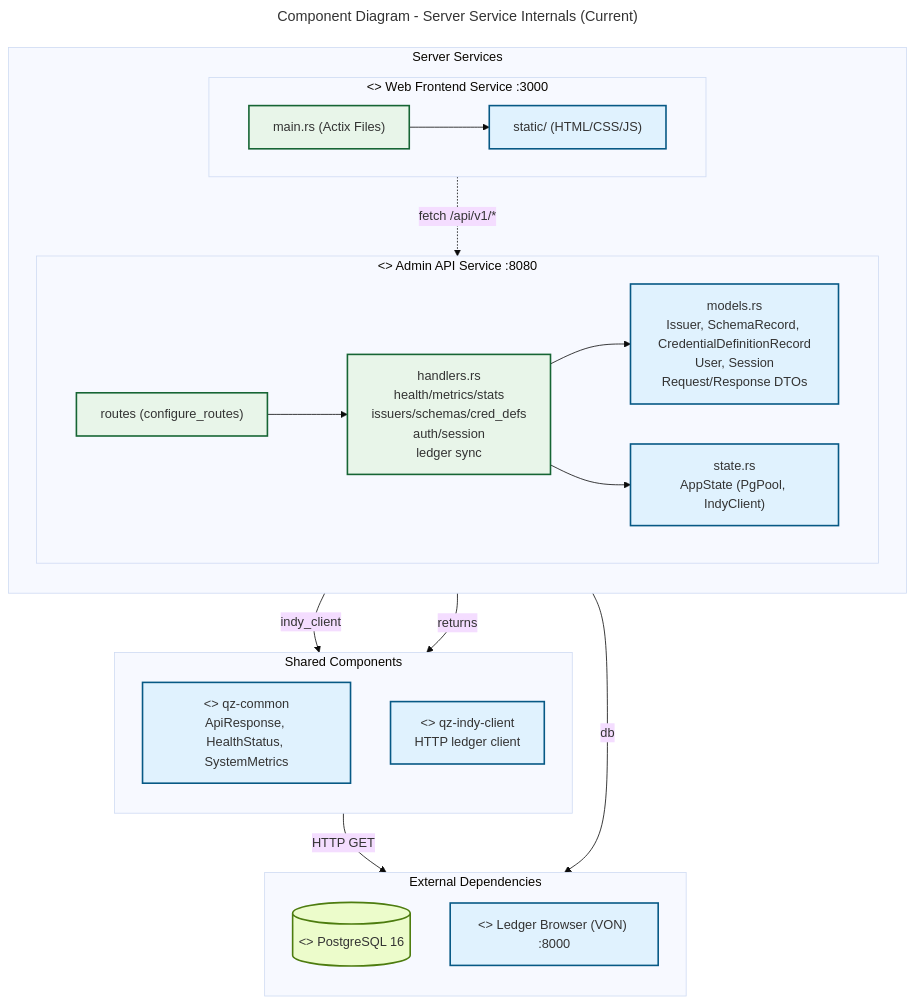
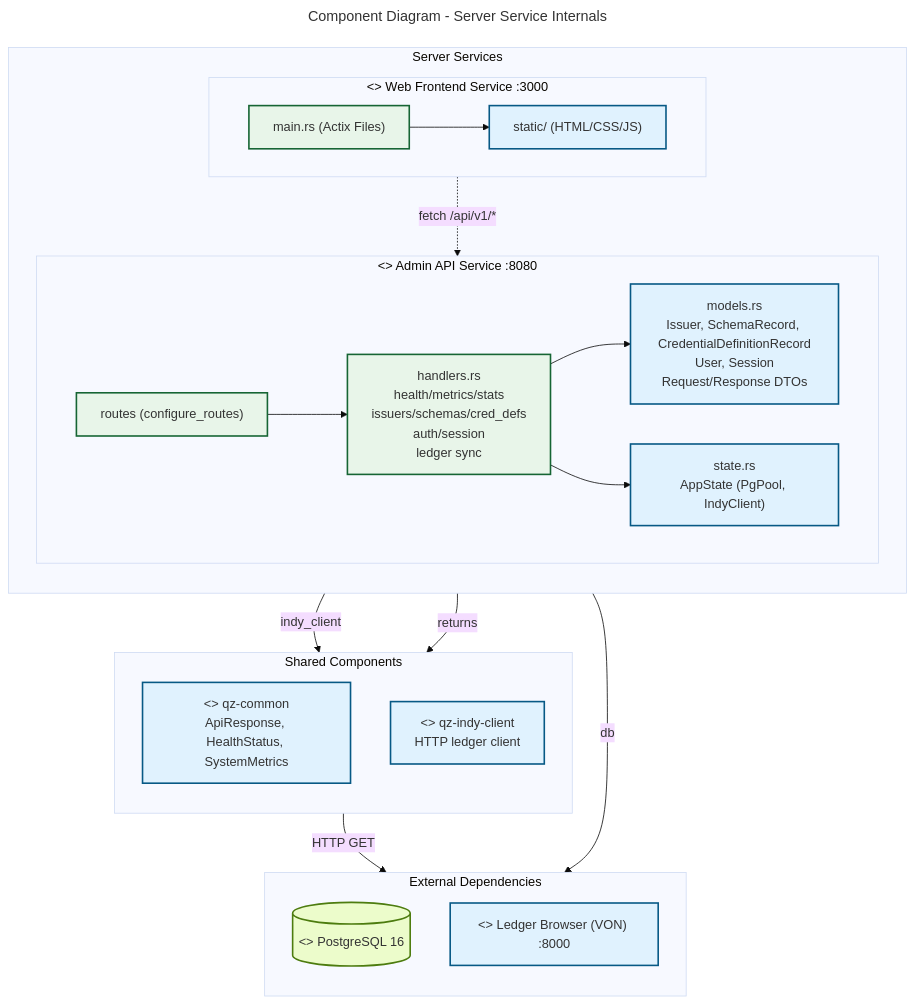
One commit to CHATEAUFORGE-LLC/QuantumZero changed the diagram in diagrams/component-server-microservices.mmd. Above: the diagram before and after it, drawn with Mermaid. The commit also changed 53 other files, not shown here.

Commit message:
diagram refinement in preperation for sequence diagram review and enhancment

```diff
--- a/diagrams/component-server-microservices.mmd
+++ b/diagrams/component-server-microservices.mmd
@@ -1,60 +1,60 @@
 ---
-title: Component Diagram - Server Service Internals (Current)
+title: Component Diagram - Server Service Internals
 config:
   theme: base
 ---
 %% QuantumZero UML palette note: actors/external=#fff7e6/#b45309, system/component=#e0f2fe/#075985, datastore=#ecfccb/#4d7c0f, notes=#fff9c4/#d97706. Aligns diagrams to Deliverable 1 UML/DFD theme.
-%% Planned 4-API target design: diagrams/component-server-core-services-planned.mmd
+%% Related: diagrams/component-server-core-services.mmd (API suite + gateway)
 flowchart TB
     %% QuantumZero UML palette (standardized)
     classDef component fill:#e0f2fe,stroke:#075985,stroke-width:2px
     classDef service fill:#e8f5e9,stroke:#166534,stroke-width:2px
     classDef datastore fill:#ecfccb,stroke:#4d7c0f,stroke-width:2px
 
-    %% Services (current implementation)
+    %% Services
     subgraph Services["Server Services"]
         direction TB
         
         subgraph AdminAPI["<<component>> Admin API Service :8080"]
             direction LR
             Routes["routes (configure_routes)"]:::service
             Handlers["handlers.rs<br/>health/metrics/stats<br/>issuers/schemas/cred_defs<br/>auth/session<br/>ledger sync"]:::service
             AdminModels["models.rs<br/>Issuer, SchemaRecord, CredentialDefinitionRecord<br/>User, Session<br/>Request/Response DTOs"]:::component
             AdminState["state.rs<br/>AppState (PgPool, IndyClient)"]:::component
         end
 
         subgraph WebFrontend["<<component>> Web Frontend Service :3000"]
             direction LR
             StaticFiles["static/ (HTML/CSS/JS)"]:::component
             WebMain["main.rs (Actix Files)"]:::service
         end
     end
     
     %% Shared Components
     subgraph Shared["Shared Components"]
         direction TB
         Common["<<component>> qz-common<br/>ApiResponse, HealthStatus, SystemMetrics"]:::component
         IndyClient["<<component>> qz-indy-client<br/>HTTP ledger client"]:::component
     end
     
     %% External Dependencies
     subgraph External["External Dependencies"]
         direction TB
         DB[("<<database>> PostgreSQL 16")]:::datastore
         LedgerBrowser["<<component>> Ledger Browser (VON) :8000"]:::component
     end
     
     %% Dependencies
     Routes --> Handlers
     Handlers --> AdminModels
     Handlers --> AdminState
     
     AdminState -->|db| DB
     AdminState -->|indy_client| IndyClient
     
     Handlers -->|returns| Common
     
     IndyClient -->|HTTP GET| LedgerBrowser
 
     WebMain --> StaticFiles
     StaticFiles -. fetch /api/v1/* .-> AdminAPI
```
